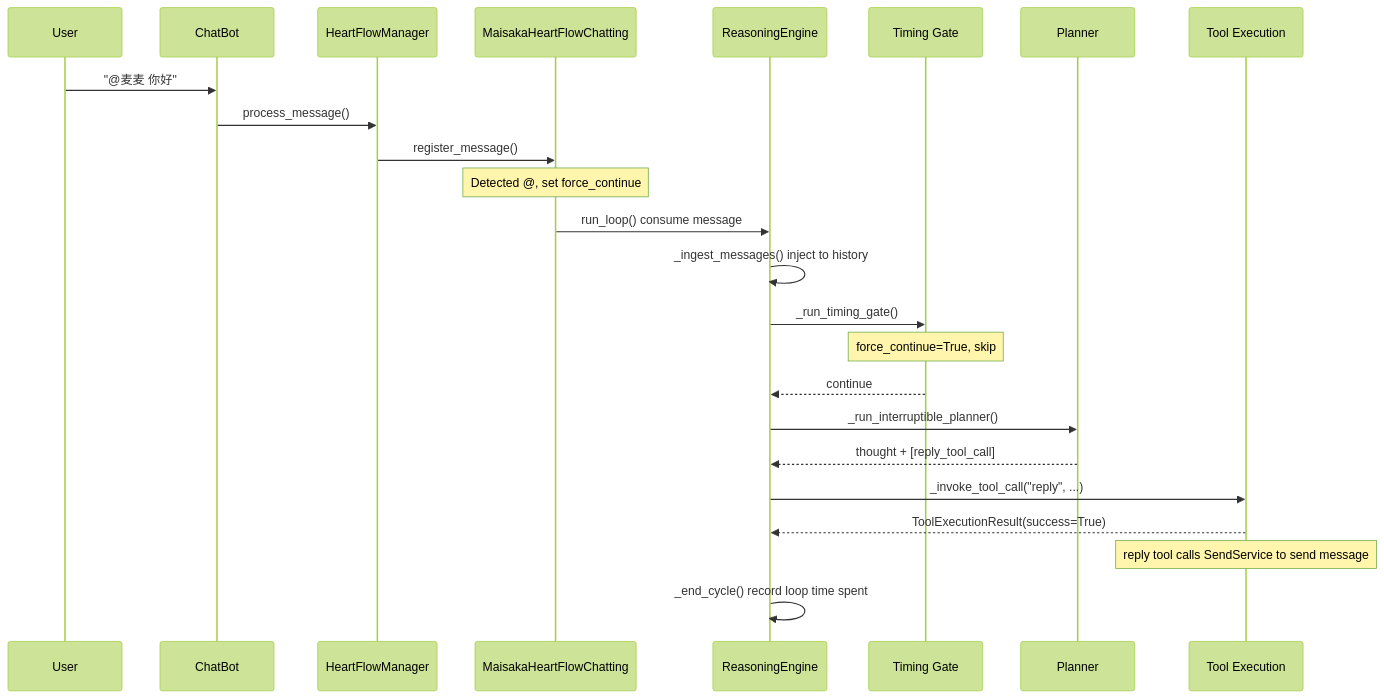
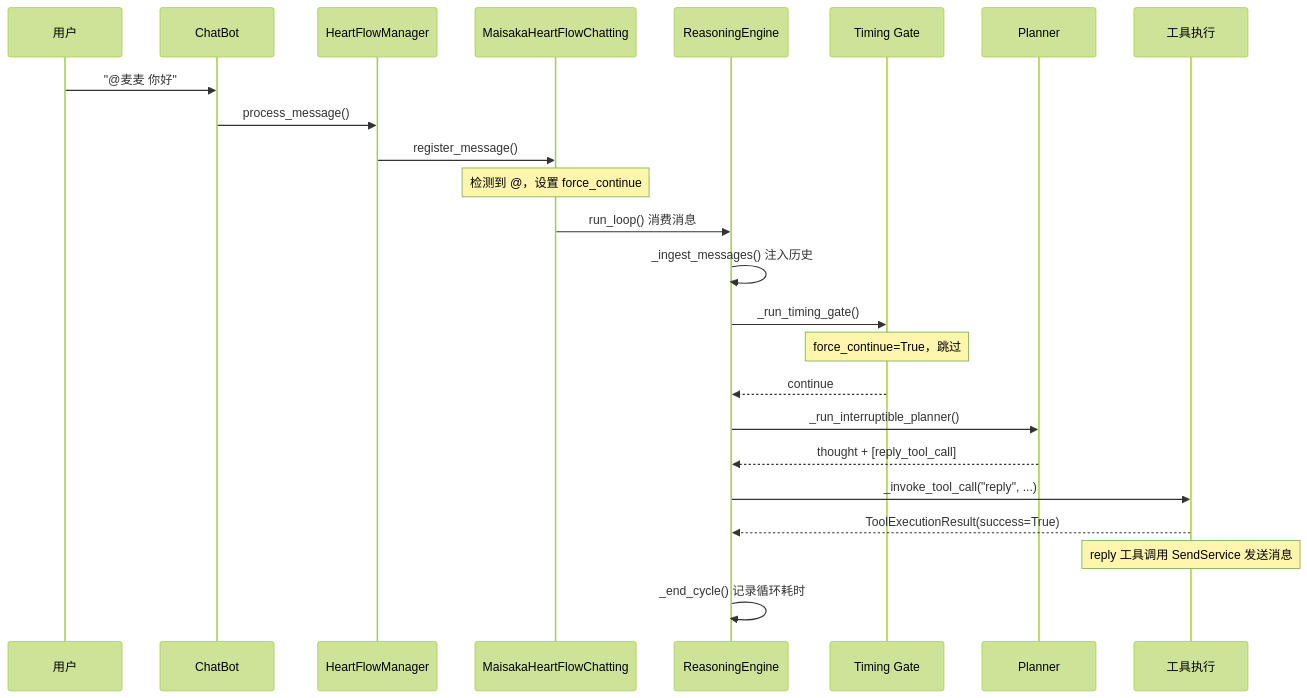
One commit to DrSmoothl/docs changed the ninth of 9 diagrams in en/develop/architecture/maisaka-reasoning.md. Above: the diagram before and after it, drawn with Mermaid (forest theme). The commit also changed other lines of this file and 50 other files, not shown here.

````diff
--- a/en/develop/architecture/maisaka-reasoning.md
+++ b/en/develop/architecture/maisaka-reasoning.md
@@ -424,32 +418,32 @@
 ```mermaid
 sequenceDiagram
-    participant User as User
+    participant User as 用户
     participant Chat as ChatBot
     participant HF as HeartFlowManager
     participant RT as MaisakaHeartFlowChatting
     participant RE as ReasoningEngine
     participant TG as Timing Gate
     participant PL as Planner
-    participant Tool as Tool Execution
+    participant Tool as 工具执行
 
     User->>Chat: "@麦麦 你好"
     Chat->>HF: process_message()
     HF->>RT: register_message()
-    Note over RT: Detected @, set force_continue
+    Note over RT: 检测到 @，设置 force_continue
 
-    RT->>RE: run_loop() consume message
-    RE->>RE: _ingest_messages() inject to history
+    RT->>RE: run_loop() 消费消息
+    RE->>RE: _ingest_messages() 注入历史
 
     RE->>TG: _run_timing_gate()
-    Note over TG: force_continue=True, skip
+    Note over TG: force_continue=True，跳过
     TG-->>RE: continue
 
     RE->>PL: _run_interruptible_planner()
     PL-->>RE: thought + [reply_tool_call]
 
     RE->>Tool: _invoke_tool_call("reply", ...)
     Tool-->>RE: ToolExecutionResult(success=True)
-    Note over Tool: reply tool calls SendService to send message
+    Note over Tool: reply 工具调用 SendService 发送消息
 
-    RE->>RE: _end_cycle() record loop time spent
+    RE->>RE: _end_cycle() 记录循环耗时
 ```
````
